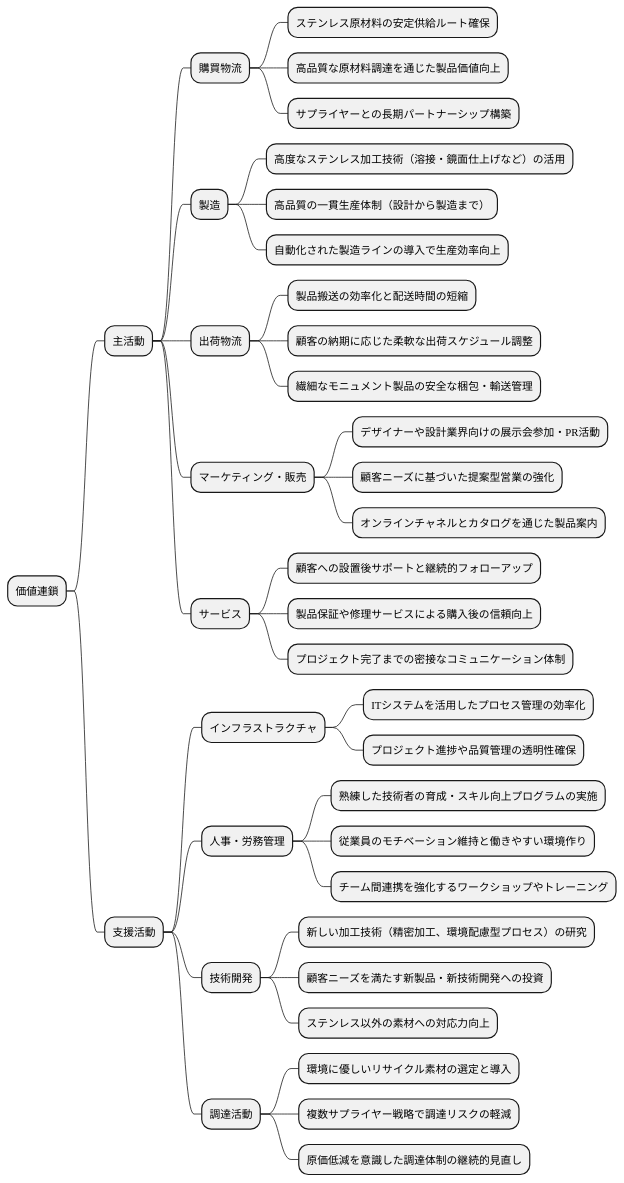
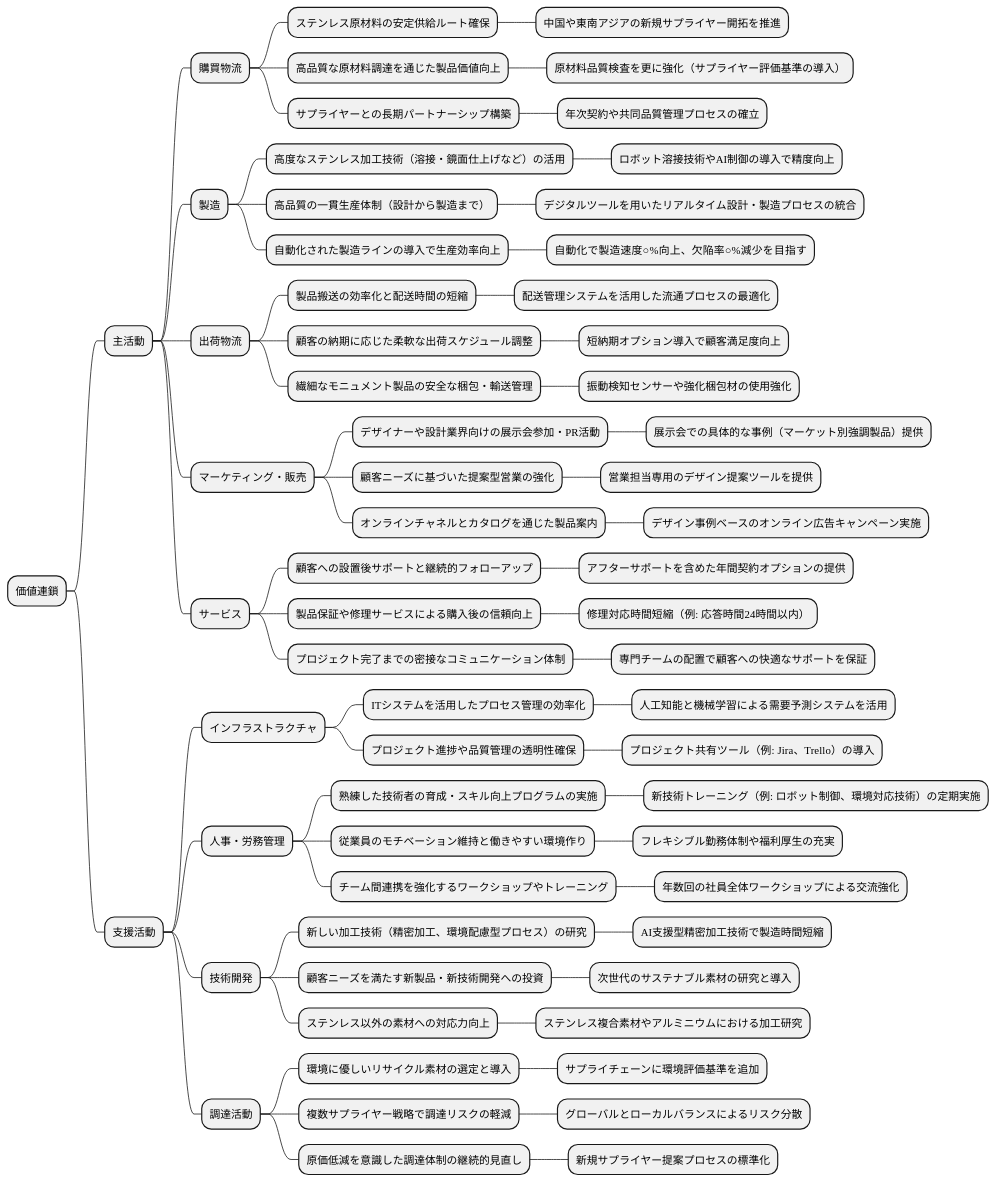
The tenth of 19 diagrams in docs/case/r02_case_3.adoc (k2works/case-study-business-analysis), drawn with PlantUML before and after one commit. The commit also changed other lines of this file, not shown here.

```diff
--- a/docs/case/r02_case_3.adoc
+++ b/docs/case/r02_case_3.adoc
@@ -380,45 +495,71 @@
 [plantuml]
 ----
 @startmindmap
 
 * 価値連鎖
 ** 主活動
 *** 購買物流
 **** ステンレス原材料の安定供給ルート確保
+***** 中国や東南アジアの新規サプライヤー開拓を推進
 **** 高品質な原材料調達を通じた製品価値向上
+***** 原材料品質検査を更に強化（サプライヤー評価基準の導入）
 **** サプライヤーとの長期パートナーシップ構築
+***** 年次契約や共同品質管理プロセスの確立
 *** 製造
 **** 高度なステンレス加工技術（溶接・鏡面仕上げなど）の活用
+***** ロボット溶接技術やAI制御の導入で精度向上
 **** 高品質の一貫生産体制（設計から製造まで）
+***** デジタルツールを用いたリアルタイム設計・製造プロセスの統合
 **** 自動化された製造ラインの導入で生産効率向上
+***** 自動化で製造速度○%向上、欠陥率○%減少を目指す
 *** 出荷物流
 **** 製品搬送の効率化と配送時間の短縮
+***** 配送管理システムを活用した流通プロセスの最適化
 **** 顧客の納期に応じた柔軟な出荷スケジュール調整
+***** 短納期オプション導入で顧客満足度向上
 **** 繊細なモニュメント製品の安全な梱包・輸送管理
+***** 振動検知センサーや強化梱包材の使用強化
 *** マーケティング・販売
 **** デザイナーや設計業界向けの展示会参加・PR活動
+***** 展示会での具体的な事例（マーケット別強調製品）提供
 **** 顧客ニーズに基づいた提案型営業の強化
+***** 営業担当専用のデザイン提案ツールを提供
 **** オンラインチャネルとカタログを通じた製品案内
+***** デザイン事例ベースのオンライン広告キャンペーン実施
 *** サービス
 **** 顧客への設置後サポートと継続的フォローアップ
+***** アフターサポートを含めた年間契約オプションの提供
 **** 製品保証や修理サービスによる購入後の信頼向上
+***** 修理対応時間短縮（例: 応答時間24時間以内）
 **** プロジェクト完了までの密接なコミュニケーション体制
+***** 専門チームの配置で顧客への快適なサポートを保証
 ** 支援活動
 *** インフラストラクチャ
 **** ITシステムを活用したプロセス管理の効率化
+***** 人工知能と機械学習による需要予測システムを活用
 **** プロジェクト進捗や品質管理の透明性確保
+***** プロジェクト共有ツール（例: Jira、Trello）の導入
 *** 人事・労務管理
 **** 熟練した技術者の育成・スキル向上プログラムの実施
+***** 新技術トレーニング（例: ロボット制御、環境対応技術）の定期実施
 **** 従業員のモチベーション維持と働きやすい環境作り
+***** フレキシブル勤務体制や福利厚生の充実
 **** チーム間連携を強化するワークショップやトレーニング
+***** 年数回の社員全体ワークショップによる交流強化
 *** 技術開発
 **** 新しい加工技術（精密加工、環境配慮型プロセス）の研究
+***** AI支援型精密加工技術で製造時間短縮
 **** 顧客ニーズを満たす新製品・新技術開発への投資
+***** 次世代のサステナブル素材の研究と導入
 **** ステンレス以外の素材への対応力向上
+***** ステンレス複合素材やアルミニウムにおける加工研究
 *** 調達活動
 **** 環境に優しいリサイクル素材の選定と導入
+***** サプライチェーンに環境評価基準を追加
 **** 複数サプライヤー戦略で調達リスクの軽減
+***** グローバルとローカルバランスによるリスク分散
 **** 原価低減を意識した調達体制の継続的見直し
+***** 新規サプライヤー提案プロセスの標準化
 
 @endmindmap
 ----
```
